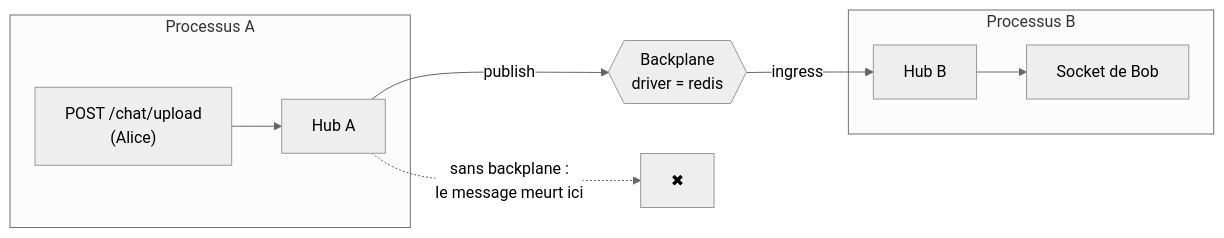
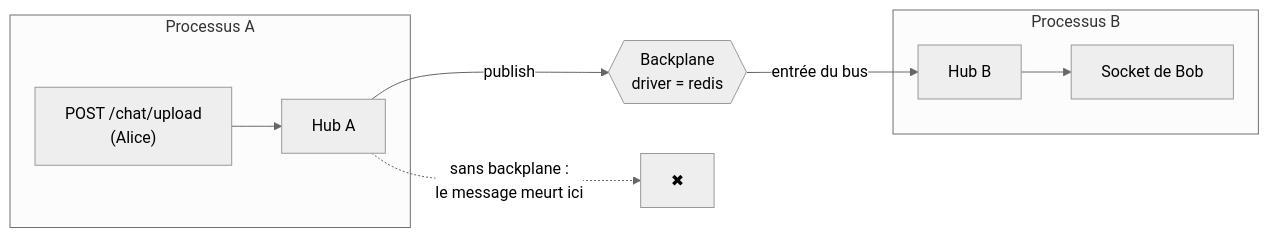
The fourth of 4 diagrams in src/packages/@nodefony/realtime/docs/cookbook-chat.md (nodefony/nodefony-core), drawn with Mermaid (neutral theme) before and after one commit. The commit also changed 17 other files, not shown here.

````diff
--- a/src/packages/@nodefony/realtime/docs/cookbook-chat.md
+++ b/src/packages/@nodefony/realtime/docs/cookbook-chat.md
@@ -1150,12 +1150,12 @@
 ```mermaid
 flowchart LR
   subgraph PodA["Processus A"]
     UA["POST /chat/upload<br/>(Alice)"] --> HA[Hub A]
   end
   subgraph PodB["Processus B"]
     HB[Hub B] --> SB["Socket de Bob"]
   end
   HA -->|"publish"| BP{{"Backplane<br/>driver = redis"}}
-  BP -->|"ingress"| HB
+  BP -->|"entrée du bus"| HB
   HA -.->|"sans backplane :<br/>le message meurt ici"| X["✖"]
 ```
````
